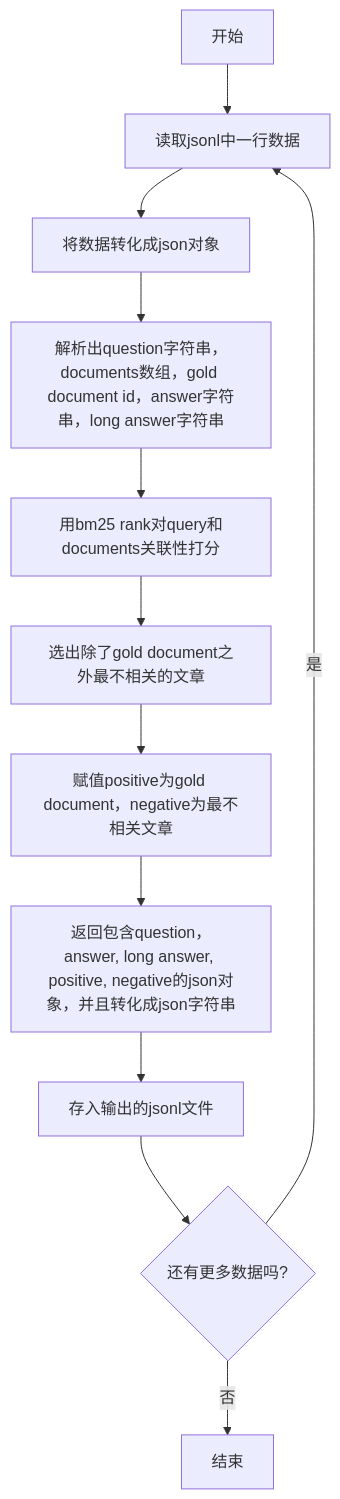
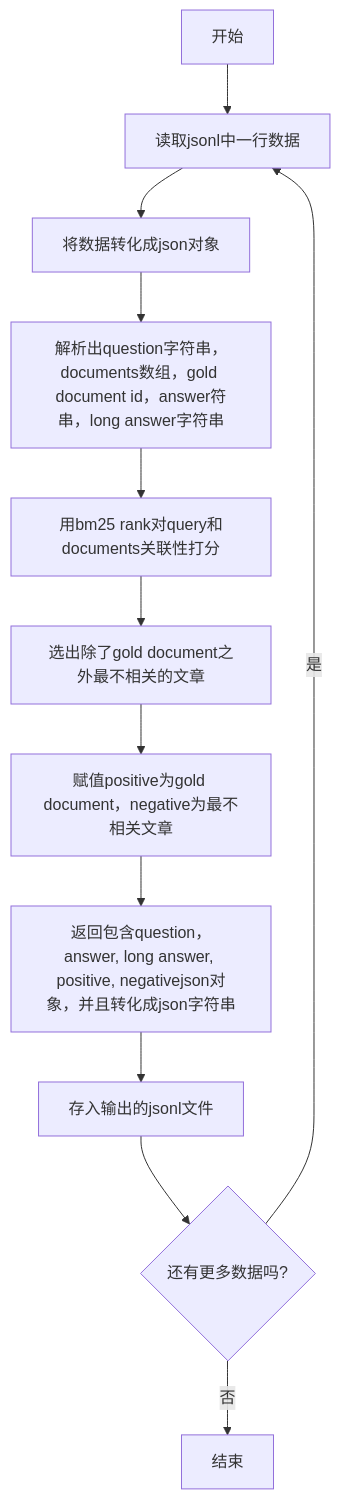
One commit to yynil/RWKV-LM changed the diagram in RWKV-v5/long_ctx/README.md. Above: the diagram before and after it, drawn with Mermaid. The commit also changed other lines of this file, not shown here.

````diff
--- a/RWKV-v5/long_ctx/README.md
+++ b/RWKV-v5/long_ctx/README.md
@@ -28,25 +19,24 @@
 ```mermaid
 graph TD;
-    A[开始];
-    B[读取jsonl中一行数据];
-    C[将数据转化成json对象];
-    D[解析出question字符串，documents数组，gold document id，answer字符串，long answer字符串];
-    E[用bm25 rank对query和documents关联性打分];
-    F[选出除了gold document之外最不相关的文章];
-    G[赋值positive为gold document，negative为最不相关文章];
-    H[返回包含question，answer, long answer, positive, negative的json对象，并且转化成json字符串];
-    I[存入输出的jsonl文件];
-    J{还有更多数据吗?};
-    A --> B;
-    B --> C;
-    C --> D;
-    D --> E;
-    E --> F;
-    F --> G;
-    G --> H;
-    H --> I;
-    I --> J;
-    J -- 是 --> B;
-    J -- 否 --> K[结束];
-
+A[开始]
+B[读取jsonl中一行数据]
+C[将数据转化成json对象]
+D[解析出question字符串，documents数组，gold document id，answer符串，long answer字符串]
+E[用bm25 rank对query和documents关联性打分]
+F[选出除了gold document之外最不相关的文章]
+G[赋值positive为gold document，negative为最不相关文章]
+H[返回包含question，answer, long answer, positive, negativejson对象，并且转化成json字符串]
+I[存入输出的jsonl文件]
+J{还有更多数据吗?}
+A --> B
+B --> C
+C --> D
+D --> E
+E --> F
+F --> G
+G --> H
+H --> I
+I --> J
+J -- 是 --> B
+J -- 否 --> K[结束]
 ```
````
